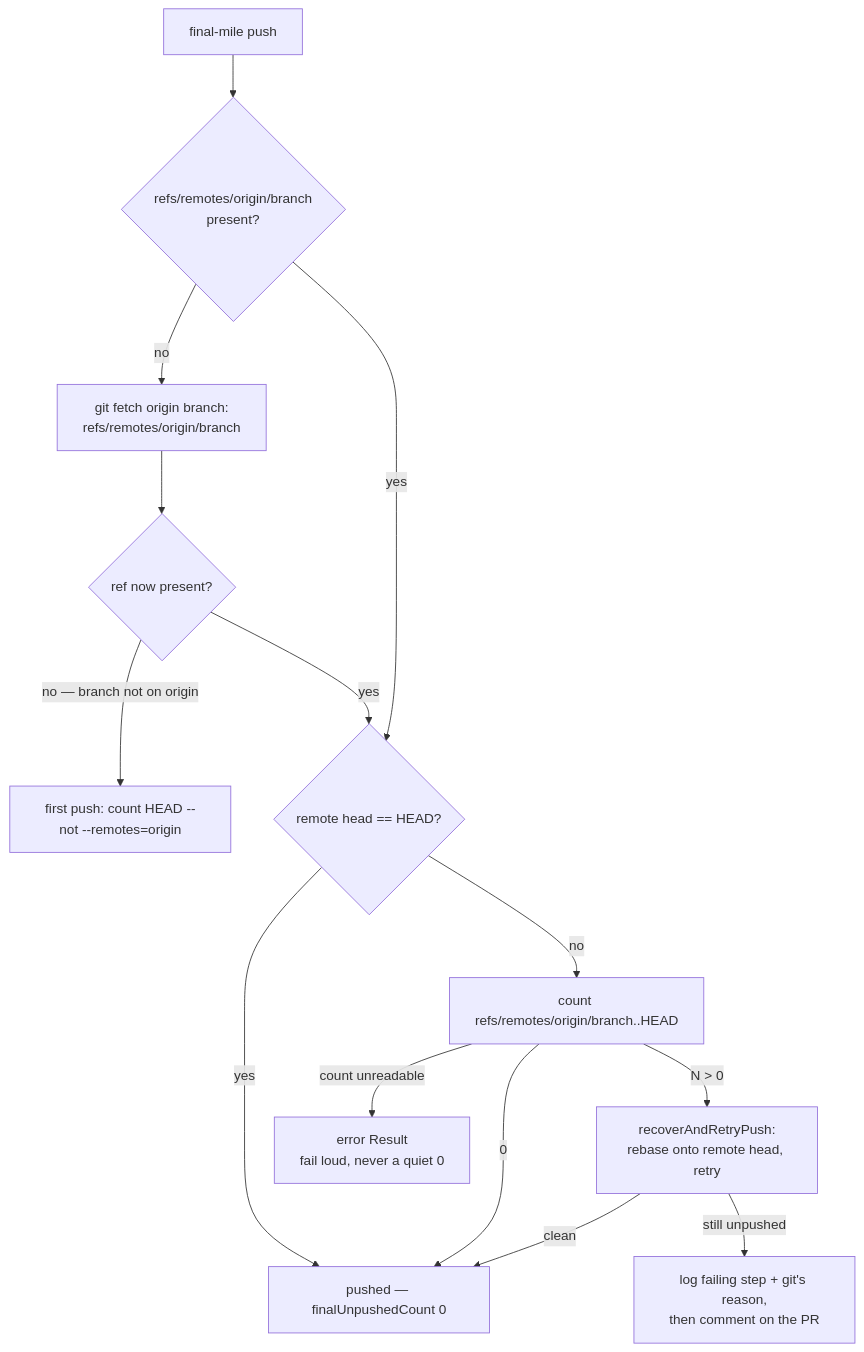
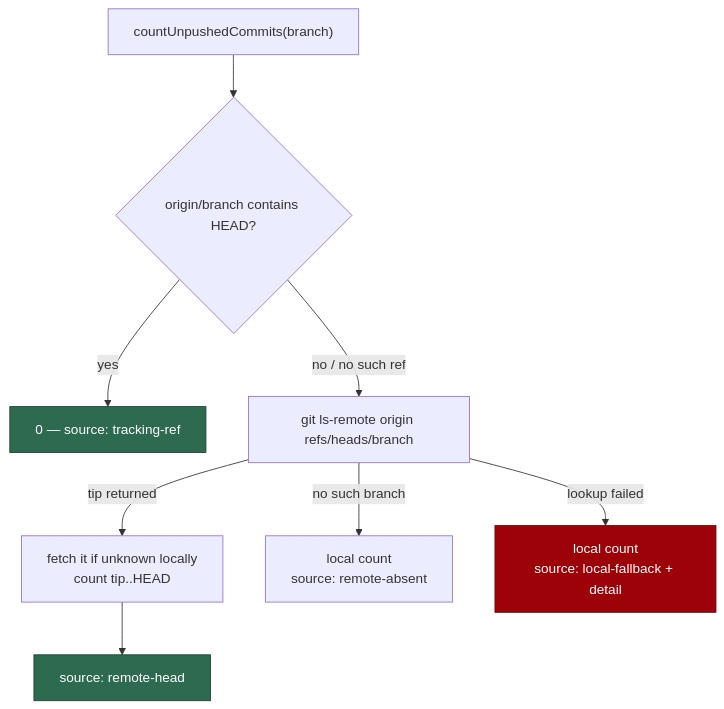
The ninth of 17 diagrams in docs/INTERNALS.md (stSoftwareAU/VibeCoder), drawn with Mermaid before and after one commit. The commit also changed other lines of this file and 9 other files, not shown here.

````diff
--- a/docs/INTERNALS.md
+++ b/docs/INTERNALS.md
@@ -1222,16 +1217,13 @@
 ```mermaid
 flowchart TD
-    P[final-mile push] --> T{"refs/remotes/origin/branch<br/>present?"}
-    T -->|no| FE[git fetch origin branch:<br/>refs/remotes/origin/branch]
-    FE --> T2{"ref now present?"}
-    T2 -->|"no — branch not on origin"| FP[first push: count HEAD --not --remotes=origin]
-    T2 -->|yes| C
-    T -->|yes| C{"remote head == HEAD?"}
-    C -->|yes| Z[pushed — finalUnpushedCount 0]
-    C -->|no| N["count refs/remotes/origin/branch..HEAD"]
-    N -->|"0"| Z
-    N -->|"N > 0"| R[recoverAndRetryPush:<br/>rebase onto remote head, retry]
-    N -->|"count unreadable"| E[error Result<br/>fail loud, never a quiet 0]
-    R -->|clean| Z
-    R -->|"still unpushed"| F[log failing step + git's reason,<br/>then comment on the PR]
+    A["countUnpushedCommits(branch)"] --> B{"origin/branch contains HEAD?"}
+    B -- yes --> C["0 — source: tracking-ref"]
+    B -- "no / no such ref" --> D["git ls-remote origin refs/heads/branch"]
+    D -- "tip returned" --> E["fetch it if unknown locally<br/>count tip..HEAD"]
+    E --> F["source: remote-head"]
+    D -- "no such branch" --> G["local count<br/>source: remote-absent"]
+    D -- "lookup failed" --> H["local count<br/>source: local-fallback + detail"]
+    style C fill:#2d6a4f,stroke:#1b4332,color:#fff
+    style F fill:#2d6a4f,stroke:#1b4332,color:#fff
+    style H fill:#9d0208,stroke:#6a040f,color:#fff
 ```
````
